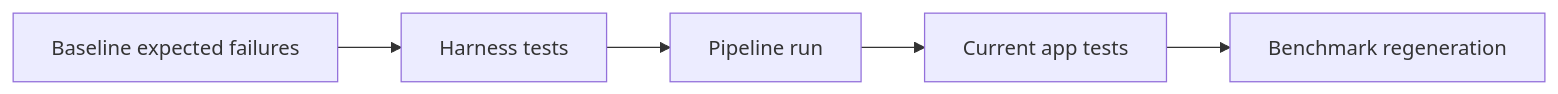
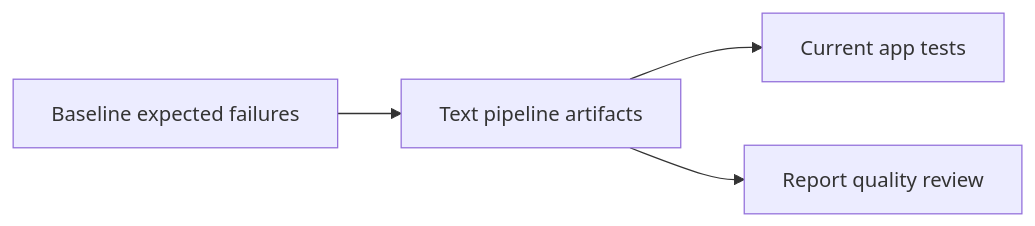
Before and after one commit to itxyzzz/gen-ai-se-hw: the diagram in homework-4/TESTING_GUIDE.md, drawn with Mermaid. The commit also changed other lines of this file and 129 other files, not shown here.

Commit message:
Refactor HW4 pipeline to text harness

````diff
--- a/homework-4/TESTING_GUIDE.md
+++ b/homework-4/TESTING_GUIDE.md
@@ -5,7 +5,6 @@
 ```mermaid
 flowchart LR
-  B["Baseline expected failures"] --> H["Harness tests"]
-  H --> P["Pipeline run"]
-  P --> C["Current app tests"]
-  C --> M["Benchmark regeneration"]
+  B["Baseline expected failures"] --> R["Text pipeline artifacts"]
+  R --> C["Current app tests"]
+  R --> Q["Report quality review"]
 ```
````
